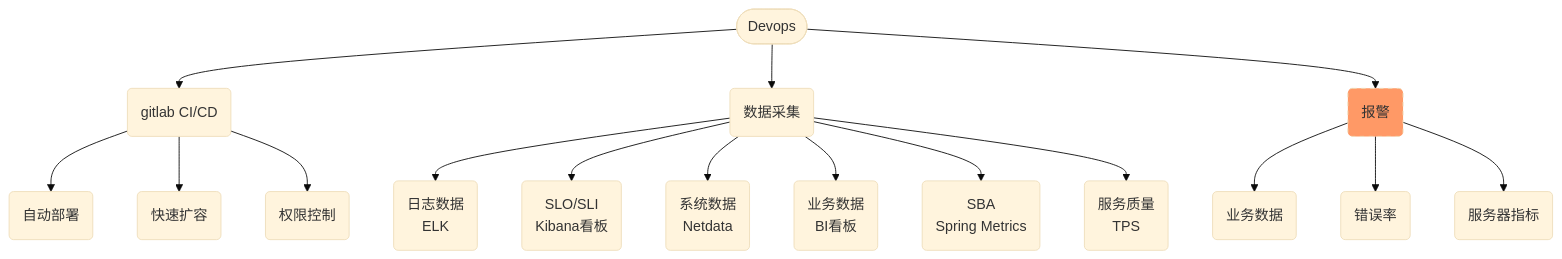
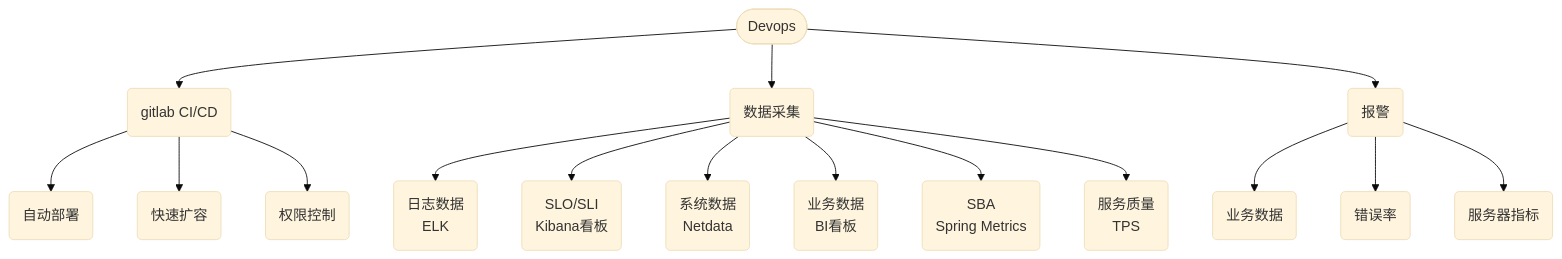
The second of 7 diagrams in _posts/2021-07-26-3-month-sharing.md (dengqinghua/dengqinghua.github.io), drawn with Mermaid (base theme) before and after one commit. The commit also changed 2 other files, not shown here.

```diff
--- a/_posts/2021-07-26-3-month-sharing.md
+++ b/_posts/2021-07-26-3-month-sharing.md
@@ -48,33 +48,23 @@
 <div class="mermaid" markdown="0">
 graph TB;
     op([Devops]);
     op1(gitlab CI/CD)
     op11(自动部署)
     op12(快速扩容)
     op13(权限控制)
     op2(数据采集)
     op20(日志数据 <br > ELK)
     op21(SLO/SLI <br > Kibana看板)
     op22(系统数据 <br > Netdata)
     op23(业务数据 <br > BI看板)
     op24(SBA <br > Spring Metrics)
     op25(服务质量 <br > TPS)
     op3(报警)
     op31(业务数据)
     op32(错误率)
     op33(服务器指标)
     op-->op1 & op2 & op3;
     op1-->op11 & op12 & op13;
     op2-->op20 & op21 & op22 & op23 & op24 & op25;
     op3-->op31 & op32 & op33;
-    click op11 "https://gitlab.easeprime.com/ease/backend_service/-/blob/dev/.gitlab-ci.yml#L17" _blank
-    click op12 "https://gitlab.easeprime.com/ease/nginx-prod-conf/-/blob/master/sites-enabled-erb/java" _blank
-    click op13 "https://gitlab.easeprime.com/ease/backend_service/-/settings/ci_cd" _blank
-    click op1 "https://docs.gitlab.com/ee/ci/introduction/img/gitlab_workflow_example_11_9.png" _blank
-    click op20 "https://es-ras1ax3s.kibana.tencentelasticsearch.com:5601/app/discover#/?_g=(filters:!(),query:(language:kuery,query:''),refreshInterval:(pause:!f,value:900000),time:(from:now-24h,to:now))&_a=(columns:!(message,container.name),filters:!(),index:'16ad3800-cf56-11eb-83c7-d711353ac049',interval:auto,query:(language:kuery,query:''),sort:!())" _blank
-    click op21 "http://bi.easeprime.com/question/9?type=STORY&percent=0.99&day=30&playCount=10&dayCreatedAt=30" _blank
-    click op22 "http://metrics.easeprime.com" _blank
-    click op23 "http://bi.easeprime.com/question/9?type=STORY&percent=0.99&day=30&playCount=10&dayCreatedAt=30" _blank
-    click op24 "http://sba.easeprime.com" _blank
-    style op3 fill:#f96f,stroke-dasharray: 5 5
 </div>
```
